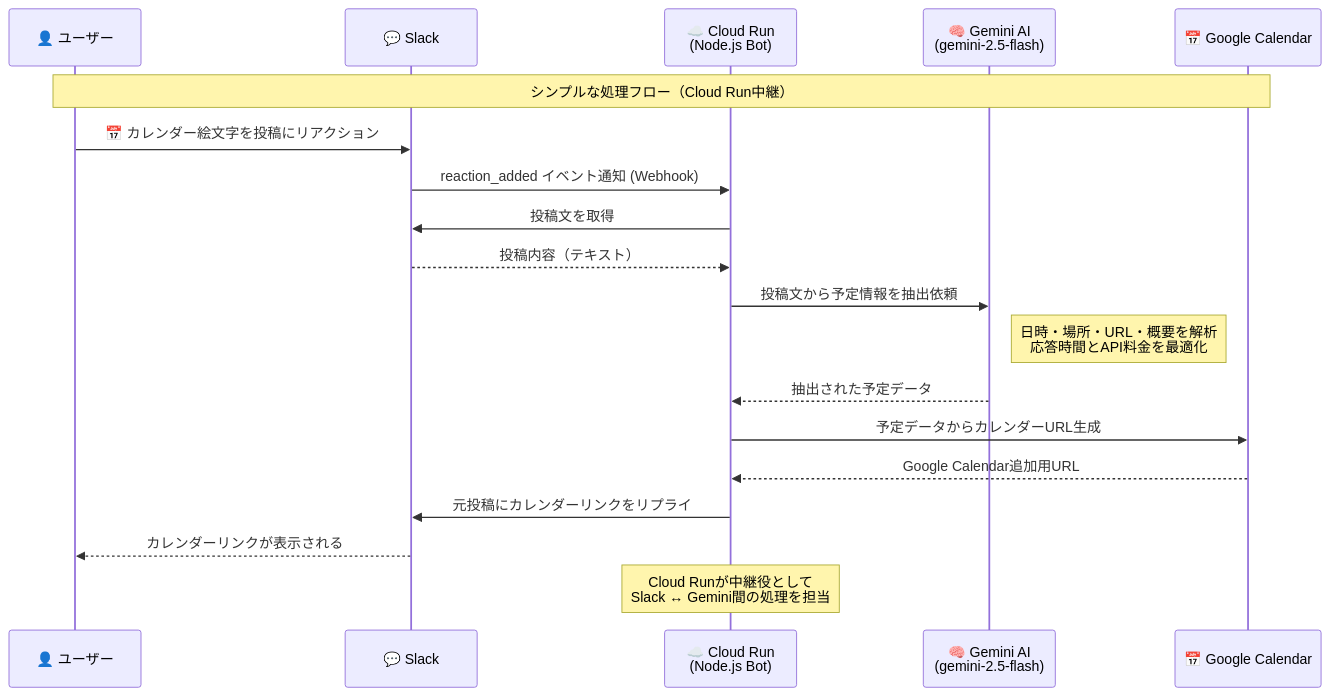
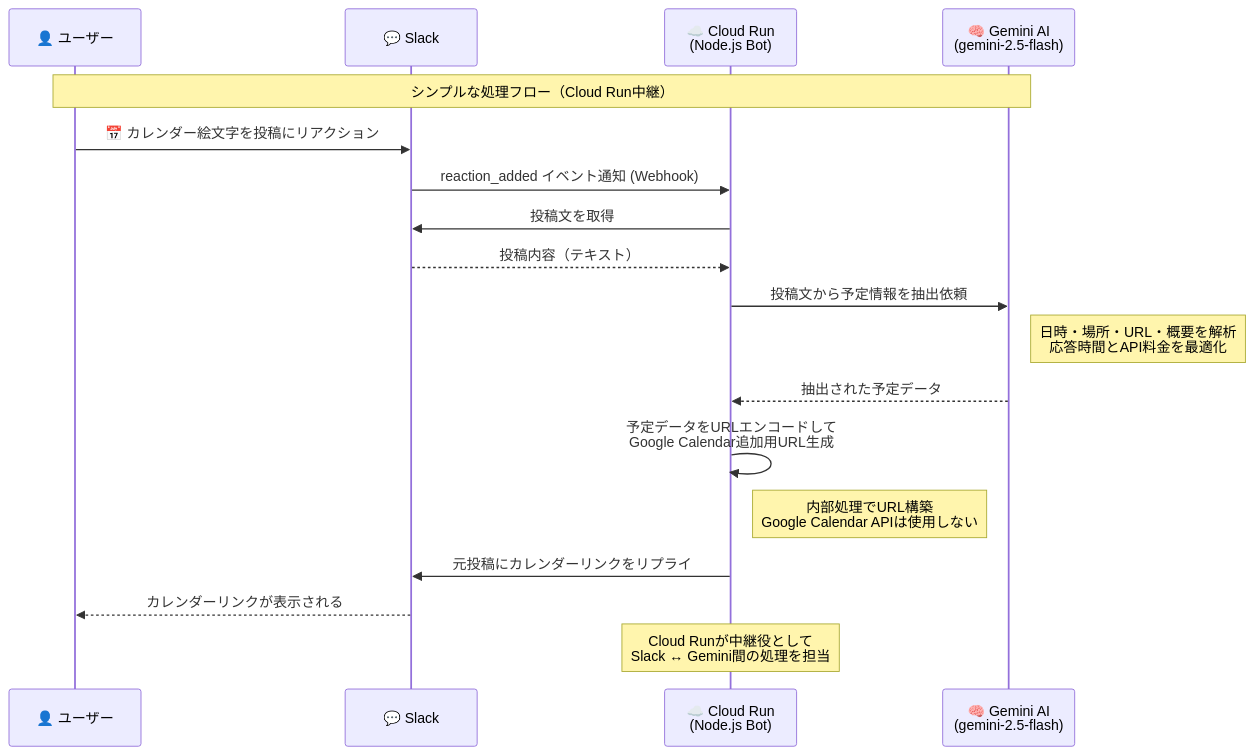
Before and after one commit to matsuvr/calendar-slack-bot: the second of 15 diagrams in system_architecture.md, drawn with Mermaid. The commit also changed other lines of this file and 1 other file, not shown here.

````diff
--- a/system_architecture.md
+++ b/system_architecture.md
@@ -47,28 +47,27 @@
 ```mermaid
 sequenceDiagram
     participant User as 👤 ユーザー
     participant Slack as 💬 Slack
     participant CloudRun as ☁️ Cloud Run<br/>(Node.js Bot)
     participant Gemini as 🧠 Gemini AI<br/>(gemini-2.5-flash)
-    participant Calendar as 📅 Google Calendar
 
-    Note over User,Calendar: シンプルな処理フロー（Cloud Run中継）
+    Note over User,Gemini: シンプルな処理フロー（Cloud Run中継）
 
     User->>Slack: 📅 カレンダー絵文字を投稿にリアクション
     Slack->>CloudRun: reaction_added イベント通知 (Webhook)
     
     CloudRun->>Slack: 投稿文を取得
     Slack-->>CloudRun: 投稿内容（テキスト）
     
     CloudRun->>Gemini: 投稿文から予定情報を抽出依頼
     Note right of Gemini: 日時・場所・URL・概要を解析<br/>応答時間とAPI料金を最適化
     Gemini-->>CloudRun: 抽出された予定データ
     
-    CloudRun->>Calendar: 予定データからカレンダーURL生成
-    Calendar-->>CloudRun: Google Calendar追加用URL
+    CloudRun->>CloudRun: 予定データをURLエンコードして<br/>Google Calendar追加用URL生成
+    Note right of CloudRun: 内部処理でURL構築<br/>Google Calendar APIは使用しない
     
     CloudRun->>Slack: 元投稿にカレンダーリンクをリプライ
     Slack-->>User: カレンダーリンクが表示される
     
     Note over CloudRun: Cloud Runが中継役として<br/>Slack ↔ Gemini間の処理を担当
 ```
````
